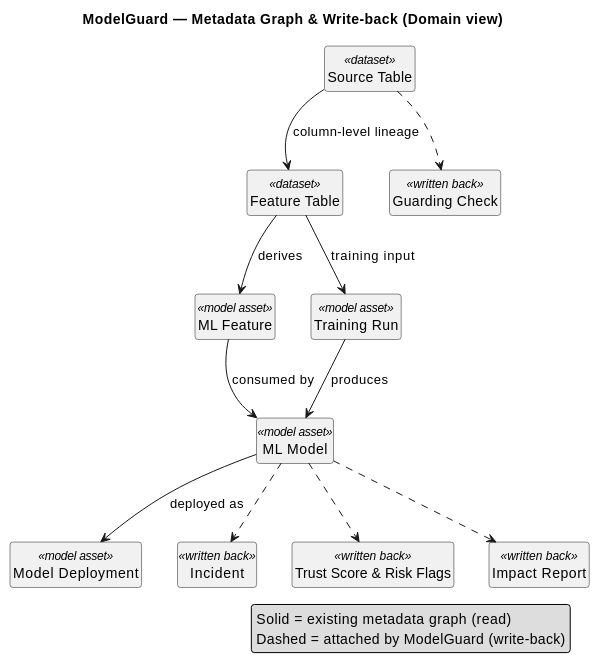
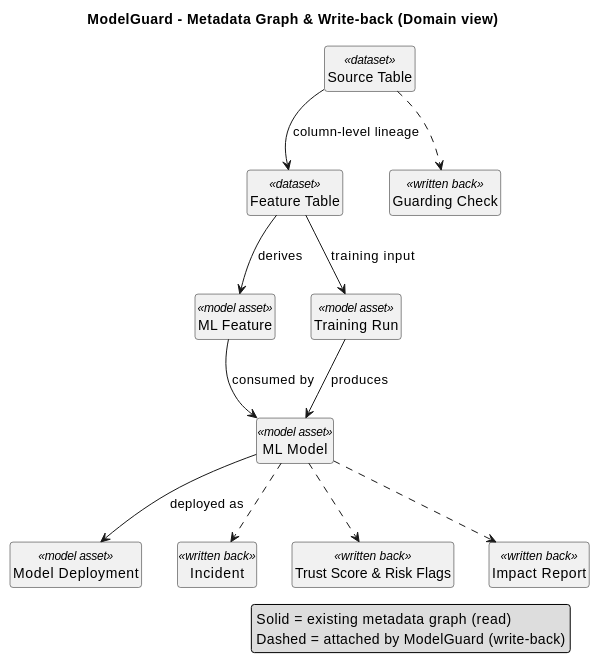
Before and after one commit to Ahmedxsaad/Janus: the fourth of 5 diagrams in docs/plan/architecture.md, drawn with PlantUML. The commit also changed other lines of this file and 15 other files, not shown here.

````diff
--- a/docs/plan/architecture.md
+++ b/docs/plan/architecture.md
@@ -231,39 +231,39 @@
 ```plantuml
 @startuml
-title ModelGuard — Metadata Graph & Write-back (Domain view)
+title ModelGuard - Metadata Graph & Write-back (Domain view)
 skinparam shadowing false
 skinparam roundcorner 6
 skinparam defaultFontName "Helvetica"
 hide empty members
 hide circle
 
 class "Source Table" as ST <<dataset>>
 class "Feature Table" as FT <<dataset>>
 class "ML Feature" as F <<model asset>>
 class "Training Run" as TR <<model asset>>
 class "ML Model" as M <<model asset>>
 class "Model Deployment" as DEP <<model asset>>
 
 ST --> FT : column-level lineage
 FT --> F : derives
 FT --> TR : training input
 F --> M : consumed by
 TR --> M : produces
 M --> DEP : deployed as
 
 class "Incident" as I <<written back>>
 class "Trust Score & Risk Flags" as RS <<written back>>
 class "Impact Report" as DOC <<written back>>
 class "Guarding Check" as AS <<written back>>
 
 M ..> I
 M ..> RS
 M ..> DOC
 ST ..> AS
 
 legend right
   Solid  = existing metadata graph (read)
   Dashed = attached by ModelGuard (write-back)
 endlegend
 @enduml
 ```
````
